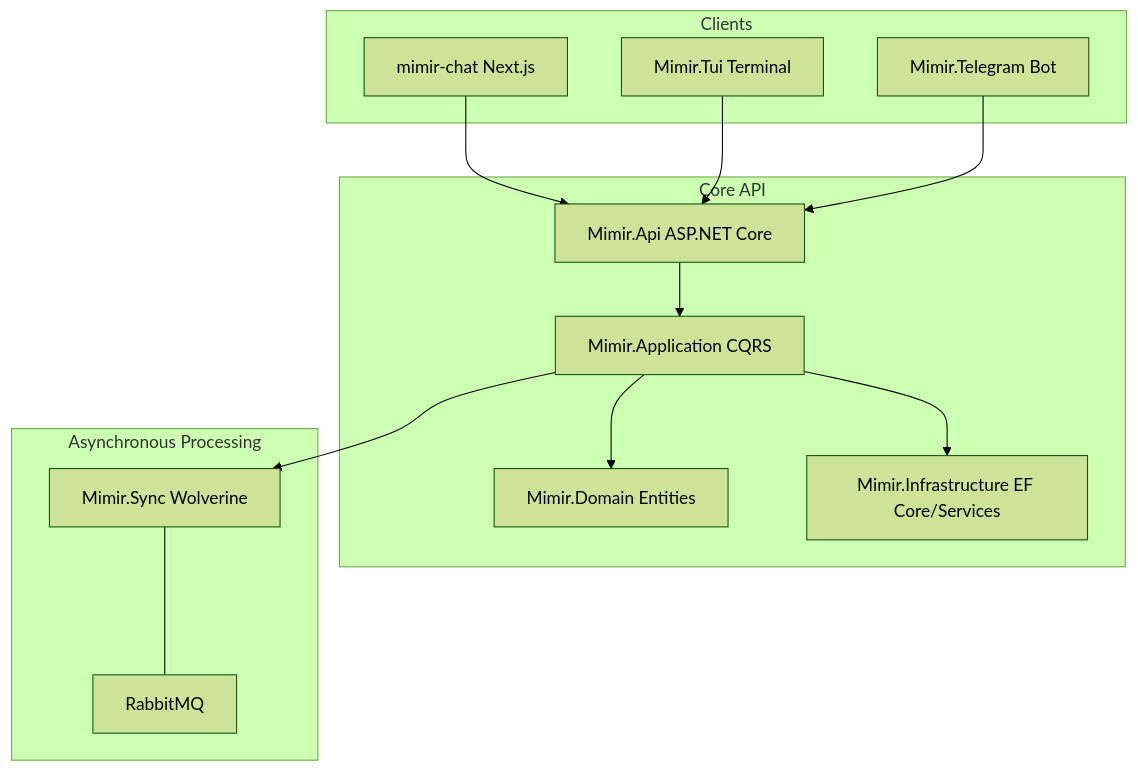
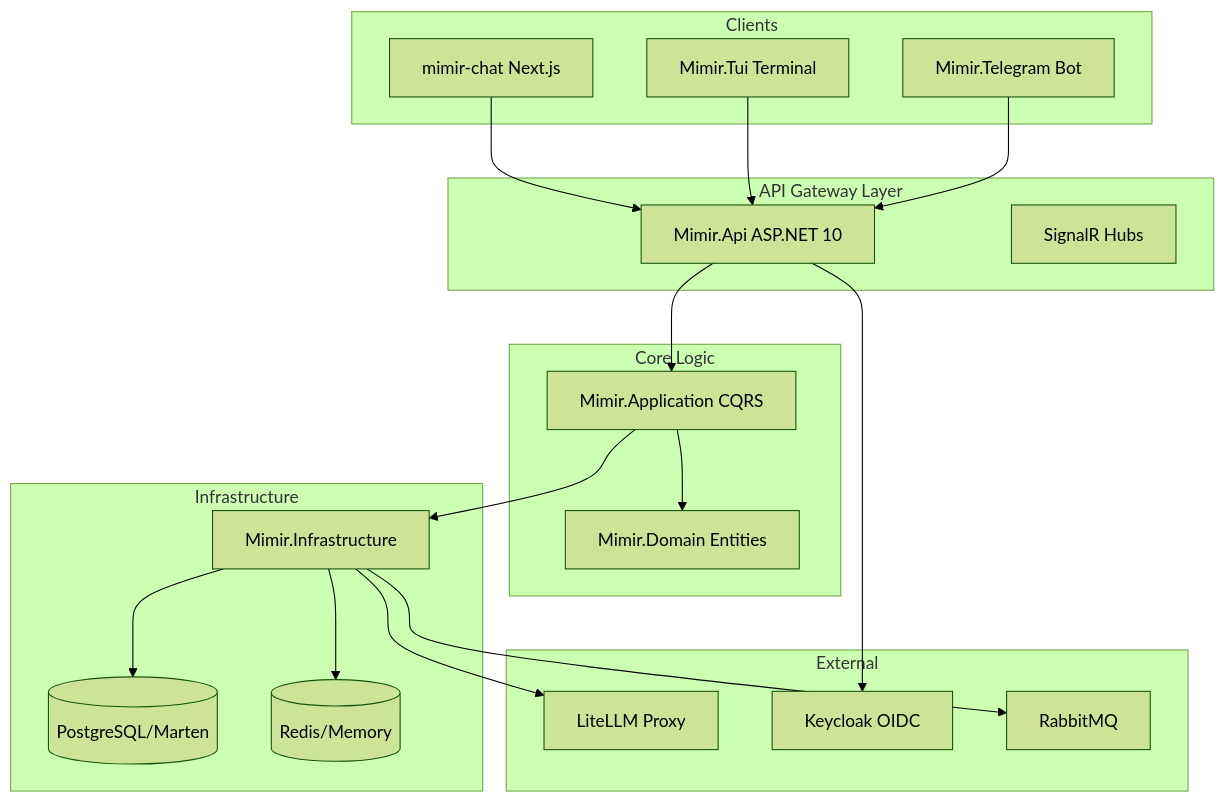
One commit to rSeeFip/nem.Mimir changed the diagram in README.md. Above: the diagram before and after it, drawn with Mermaid (forest theme). The commit also changed other lines of this file and 5 other files, not shown here.

````diff
--- a/README.md
+++ b/README.md
@@ -48,29 +43,37 @@
 ```mermaid
 graph TD
-    subgraph "Clients"
-        ChatUI[mimir-chat Next.js]
-        TUI[Mimir.Tui Terminal]
+    subgraph Clients
+        Web[mimir-chat Next.js]
+        Tui[Mimir.Tui Terminal]
         Bot[Mimir.Telegram Bot]
     end
 
-    subgraph "Core API"
-        API[Mimir.Api ASP.NET Core]
-        App[Mimir.Application CQRS]
-        Dom[Mimir.Domain Entities]
-        Infra[Mimir.Infrastructure EF Core/Services]
+    subgraph API Gateway Layer
+        Api[Mimir.Api ASP.NET 10]
+        SignalR[SignalR Hubs]
     end
 
-    subgraph "Asynchronous Processing"
-        Sync[Mimir.Sync Wolverine]
-        RMQ[RabbitMQ]
+    subgraph Core Logic
+        App[Mimir.Application CQRS]
+        Domain[Mimir.Domain Entities]
     end
 
-    ChatUI --> API
-    TUI --> API
-    Bot --> API
-    API --> App
-    App --> Dom
+    subgraph Infrastructure
+        Infra[Mimir.Infrastructure]
+        DB[(PostgreSQL/Marten)]
+        Cache[(Redis/Memory)]
+    end
+
+    subgraph External
+        LiteLLM[LiteLLM Proxy]
+        Auth[Keycloak OIDC]
+        Queue[RabbitMQ]
+    end
+
+    Web & Tui & Bot --> Api
+    Api --> App
+    App --> Domain
     App --> Infra
-    App --> Sync
-    Sync <--- RMQ
+    Infra --> DB & Cache & LiteLLM & Queue
+    Api --> Auth
 ```
````
